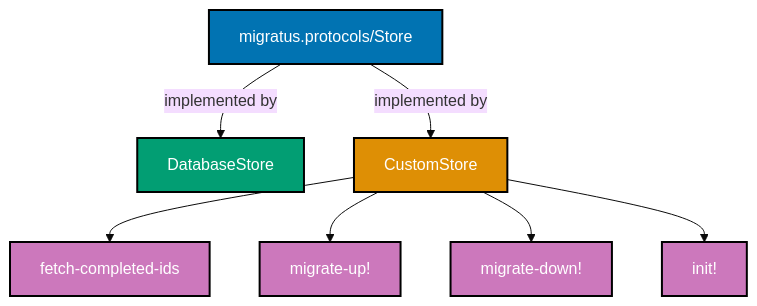
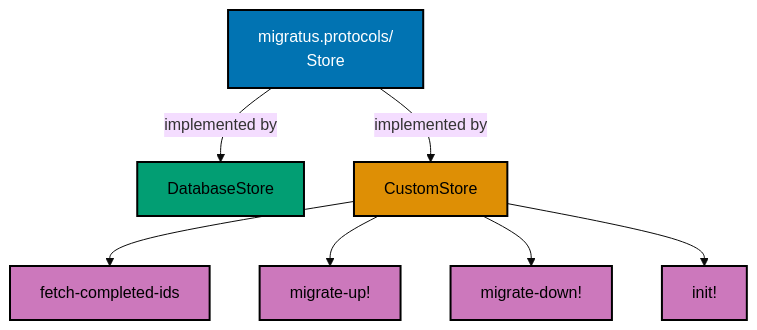
One commit to wahidyankf/ose-public changed the first of 6 diagrams in apps/ayokoding-www/content/en/learn/legacy/software-engineering/data/tools/clojure-migratus/by-example/advanced.md. Above: the diagram before and after it, drawn with Mermaid (base theme). The commit also changed other lines of this file and 131 other files, not shown here.

First line of the commit message:
fix(mermaid): bring the legacy data, infrastructure, and testing diagrams onto the accessible palette

````diff
--- a/apps/ayokoding-www/content/en/learn/legacy/software-engineering/data/tools/clojure-migratus/by-example/advanced.md
+++ b/apps/ayokoding-www/content/en/learn/legacy/software-engineering/data/tools/clojure-migratus/by-example/advanced.md
@@ -24,19 +24,26 @@
 ```mermaid
 %% Color Palette: Blue #0173B2, Orange #DE8F05, Teal #029E73, Purple #CC78BC, Brown #CA9161
 %% Custom store protocol hierarchy
 graph TD
-    A[migratus.protocols/Store] -->|implemented by| B[DatabaseStore]
+    accTitle: Example 61: Custom Migration Protocol
+    accDescr: Graph with 7 nodes and 6 connections. Nodes: migratus.protocols/ Store, DatabaseStore, CustomStore, fetch-completed-ids, migrate-up!, migrate-down!, init!. Connections: migratus.protocols/ Store to DatabaseStore (implemented by), migratus.protocols/ Store to CustomStore (implemented by), CustomStore to fetch-completed-ids, CustomStore to migrate-up!, CustomStore to migrate-down!, CustomStore to init!.
+    A[migratus.protocols/<br/>Store] -->|implemented by| B[DatabaseStore]
     A -->|implemented by| C[CustomStore]
     C --> D[fetch-completed-ids]
     C --> E[migrate-up!]
     C --> F[migrate-down!]
     C --> G[init!]
 
-    style A fill:#0173B2,stroke:#000000,color:#FFFFFF,stroke-width:2px
-    style B fill:#029E73,stroke:#000000,color:#FFFFFF,stroke-width:2px
-    style C fill:#DE8F05,stroke:#000000,color:#FFFFFF,stroke-width:2px
-    style D fill:#CC78BC,stroke:#000000,color:#FFFFFF,stroke-width:2px
-    style E fill:#CC78BC,stroke:#000000,color:#FFFFFF,stroke-width:2px
-    style F fill:#CC78BC,stroke:#000000,color:#FFFFFF,stroke-width:2px
-    style G fill:#CC78BC,stroke:#000000,color:#FFFFFF,stroke-width:2px
+    classDef pal-0173B2 fill:#0173B2,stroke:#000000,color:#FFFFFF,stroke-width:2px
+    class A pal-0173B2
+    classDef pal-029E73 fill:#029E73,stroke:#000000,color:#000000,stroke-width:2px
+    class B pal-029E73
+    classDef pal-DE8F05 fill:#DE8F05,stroke:#000000,color:#000000,stroke-width:2px
+    class C pal-DE8F05
+    classDef pal-CC78BC fill:#CC78BC,stroke:#000000,color:#000000,stroke-width:2px
+    class D pal-CC78BC
+    class E pal-CC78BC
+    class F pal-CC78BC
+    class G pal-CC78BC
+    classDef default fill:#FFFFFF,stroke:#000000,color:#000000
 ```
````
